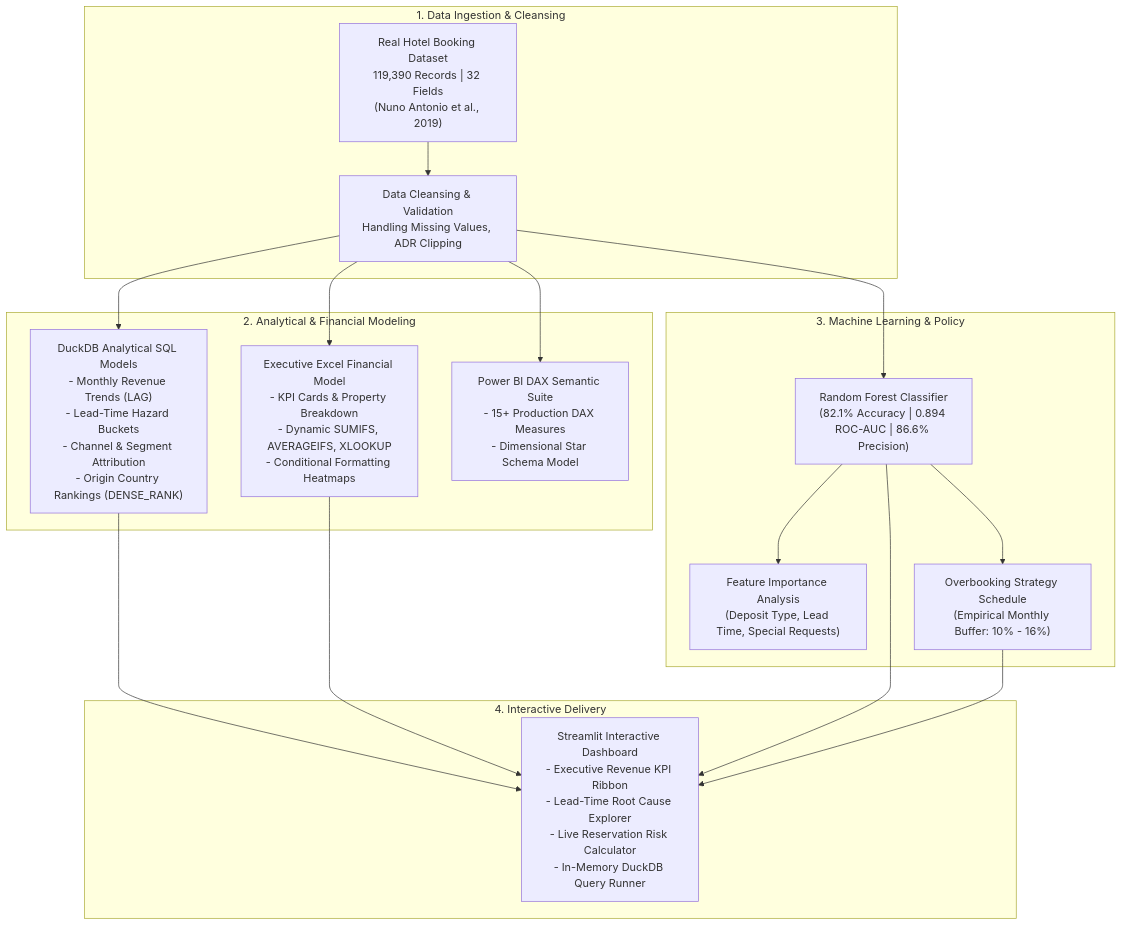
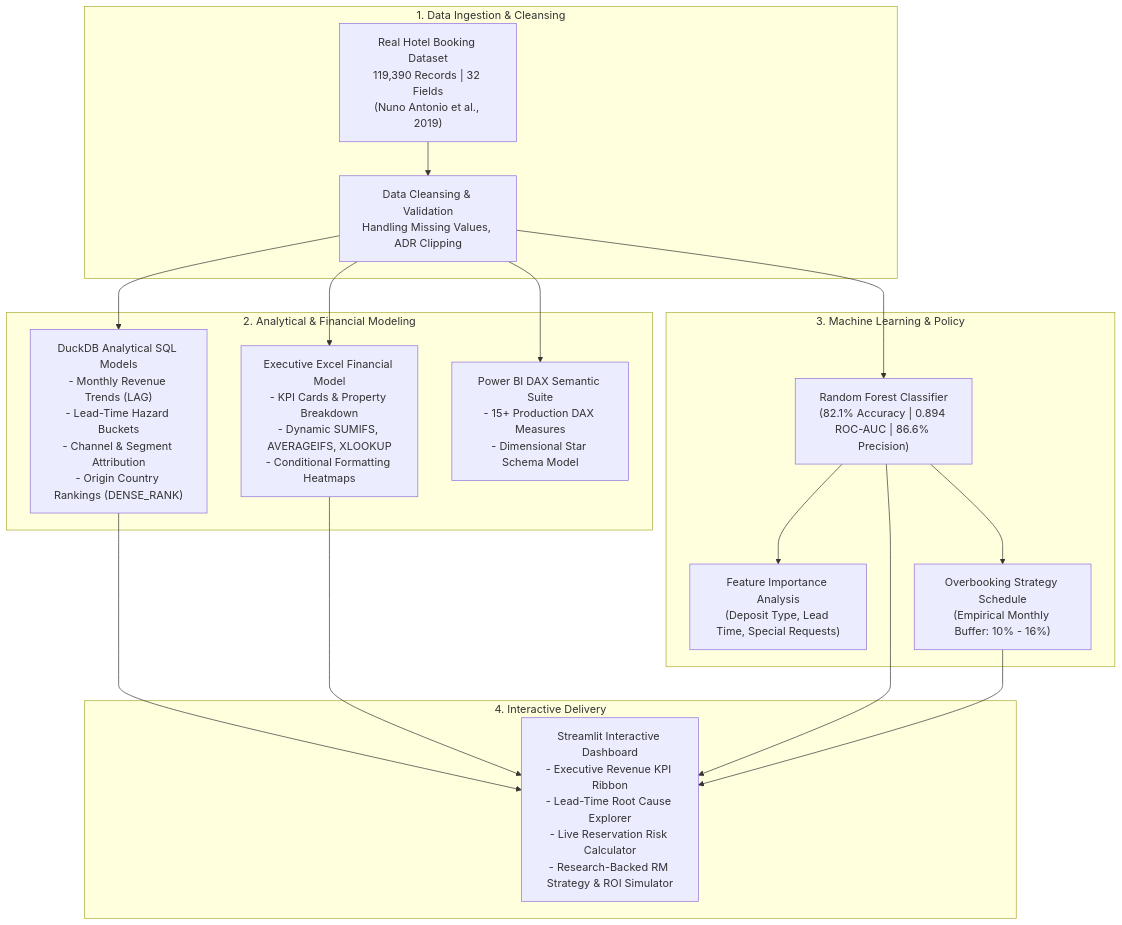
One commit to Namannn28/hotel-booking-cancellation-analytics changed the diagram in README.md. Above: the diagram before and after it, drawn with Mermaid. The commit also changed other lines of this file and 1 other file, not shown here.

Commit message:
Enhance dashboard: add rich multi-dimensional filters, replace SQL explorer with research-backed RM strategy and ROI simulator

````diff
--- a/README.md
+++ b/README.md
@@ -50,23 +50,23 @@
 ```mermaid
 flowchart TD
     subgraph Data_Layer ["1. Data Ingestion & Cleansing"]
         RAW["Real Hotel Booking Dataset<br/>119,390 Records | 32 Fields<br/>(Nuno Antonio et al., 2019)"]
         RAW --> PREP["Data Cleansing & Validation<br/>Handling Missing Values, ADR Clipping"]
     end
 
     subgraph Modeling_Layer ["2. Analytical & Financial Modeling"]
         PREP --> SQL["DuckDB Analytical SQL Models<br/>- Monthly Revenue Trends (LAG)<br/>- Lead-Time Hazard Buckets<br/>- Channel & Segment Attribution<br/>- Origin Country Rankings (DENSE_RANK)"]
         PREP --> EXCEL["Executive Excel Financial Model<br/>- KPI Cards & Property Breakdown<br/>- Dynamic SUMIFS, AVERAGEIFS, XLOOKUP<br/>- Conditional Formatting Heatmaps"]
         PREP --> PBI["Power BI DAX Semantic Suite<br/>- 15+ Production DAX Measures<br/>- Dimensional Star Schema Model"]
     end
 
     subgraph Predictive_Layer ["3. Machine Learning & Policy"]
         PREP --> ML["Random Forest Classifier<br/>(82.1% Accuracy | 0.894 ROC-AUC | 86.6% Precision)"]
         ML --> FEAT["Feature Importance Analysis<br/>(Deposit Type, Lead Time, Special Requests)"]
         ML --> OVERBOOK["Overbooking Strategy Schedule<br/>(Empirical Monthly Buffer: 10% - 16%)"]
     end
 
     subgraph Application_Layer ["4. Interactive Delivery"]
-        SQL & EXCEL & ML & OVERBOOK --> APP["Streamlit Interactive Dashboard<br/>- Executive Revenue KPI Ribbon<br/>- Lead-Time Root Cause Explorer<br/>- Live Reservation Risk Calculator<br/>- In-Memory DuckDB Query Runner"]
+        SQL & EXCEL & ML & OVERBOOK --> APP["Streamlit Interactive Dashboard<br/>- Executive Revenue KPI Ribbon<br/>- Lead-Time Root Cause Explorer<br/>- Live Reservation Risk Calculator<br/>- Research-Backed RM Strategy & ROI Simulator"]
     end
 ```
````
